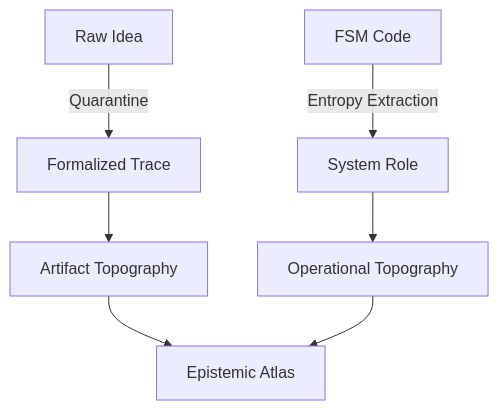
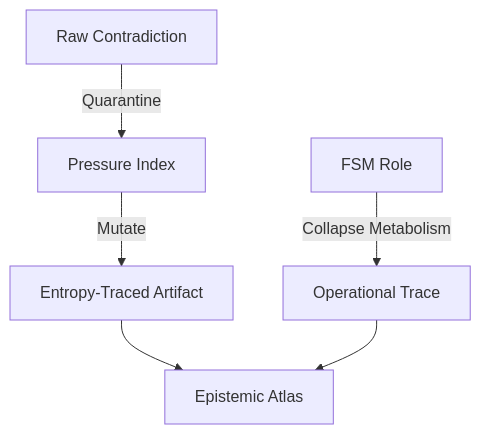
One commit to soyuz43/Symbolic-Grammar-Interpreter changed the first of 3 diagrams in philosophy/docs/README.md. Above: the diagram before and after it, drawn with Mermaid. The commit also changed other lines of this file and 25 other files, not shown here.

````diff
--- a/philosophy/docs/README.md
+++ b/philosophy/docs/README.md
@@ -8,9 +10,8 @@
 ```mermaid
 flowchart TD
-    A[Raw Idea] -->|Quarantine| B[Formalized Trace]
-    C[FSM Code] -->|Entropy Extraction| D[System Role]
-    B --> E[Artifact Topography]
-    D --> F[Operational Topography]
-    E --> G[Epistemic Atlas]
-    F --> G
+    A[Raw Contradiction] -->|Quarantine| B[Pressure Index]
+    B -->|Mutate| C[Entropy-Traced Artifact]
+    D[FSM Role] -->|Collapse Metabolism| E[Operational Trace]
+    C --> F[Epistemic Atlas]
+    E --> F
 ```
````
